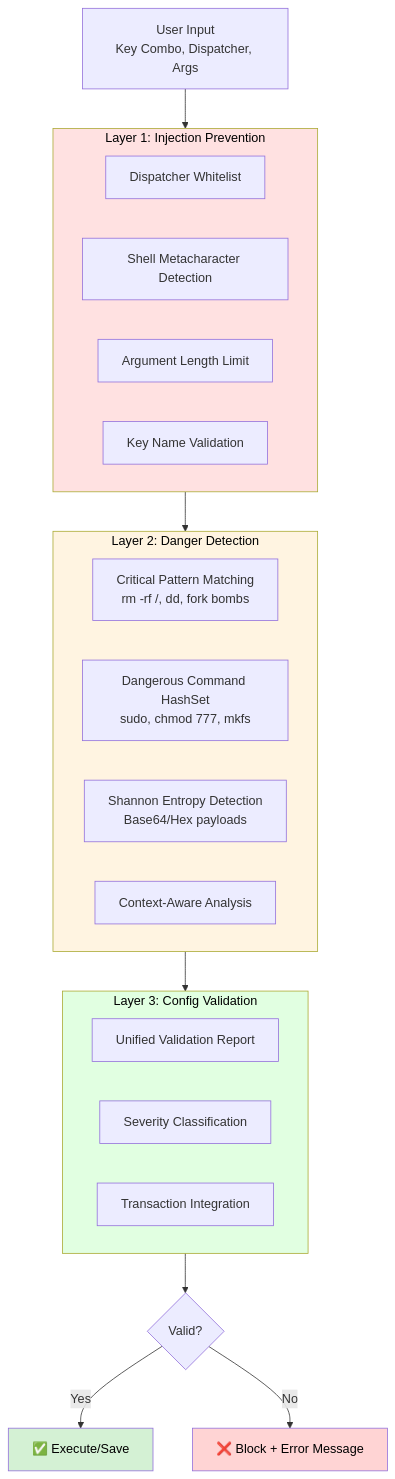
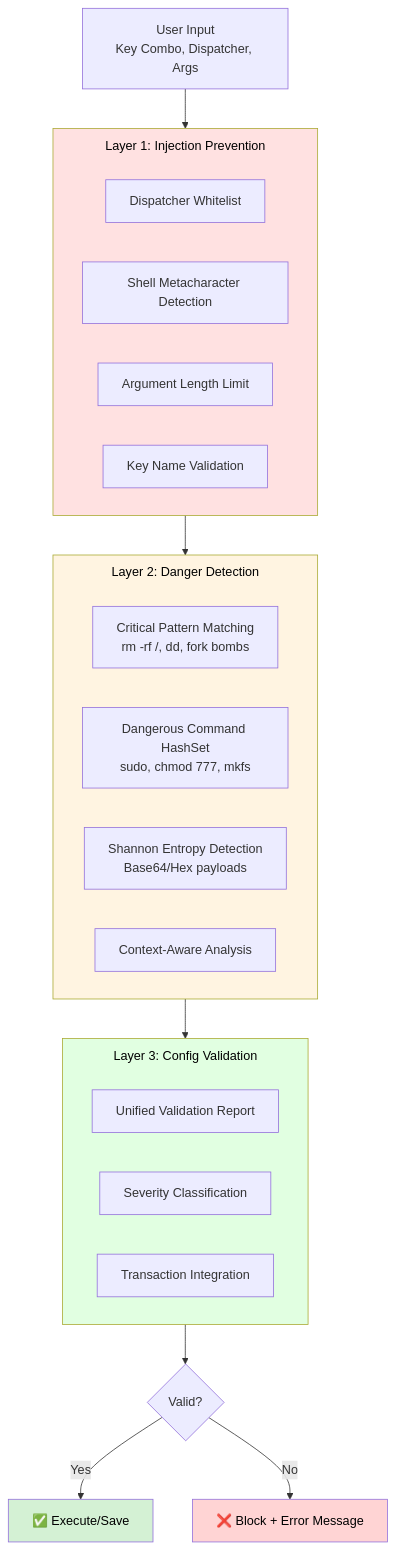
One commit to tidynest/hypr-keybind-manager changed the diagram in SECURITY.md. Above: the diagram before and after it, drawn with Mermaid.

Commit message:
Fix mermaid syntax in SECURITY.md

````diff
--- a/SECURITY.md
+++ b/SECURITY.md
@@ -54,37 +54,38 @@
 ```mermaid
+%%{init: {'flowchart': {'subGraphTitleMargin': {'top': 10, 'bottom': 20}}}}%%
 graph TB
     Input[User Input<br/>Key Combo, Dispatcher, Args]
 
-    subgraph Layer1 [Layer 1: Injection Prevention<br/><br/>]
+    subgraph Layer1 [Layer 1: Injection Prevention]
         WhitelistCheck[Dispatcher Whitelist]
         MetacharCheck[Shell Metacharacter Detection]
         LengthCheck[Argument Length Limit]
         KeyValidation[Key Name Validation]
     end
 
-    subgraph Layer2 [Layer 2: Danger Detection<br/><br/>]
+    subgraph Layer2 [Layer 2: Danger Detection]
         PatternMatch[Critical Pattern Matching<br/>rm -rf /, dd, fork bombs]
         DangerHash[Dangerous Command HashSet<br/>sudo, chmod 777, mkfs]
         EntropyDetect[Shannon Entropy Detection<br/>Base64/Hex payloads]
         ContextAnalysis[Context-Aware Analysis]
     end
 
-    subgraph Layer3 [Layer 3: Config Validation<br/><br/>]
+    subgraph Layer3 [Layer 3: Config Validation]
         UnifiedReport[Unified Validation Report]
         SeverityCheck[Severity Classification]
         TransactionGuard[Transaction Integration]
     end
 
     Input --> Layer1
     Layer1 --> Layer2
     Layer2 --> Layer3
     Layer3 --> Decision{Valid?}
     Decision -->|Yes| Accept[✅ Execute/Save]
     Decision -->|No| Reject[❌ Block + Error Message]
 
     style Layer1 fill:#ffe1e1,color:#000
     style Layer2 fill:#fff4e1,color:#000
     style Layer3 fill:#e1ffe1,color:#000
     style Accept fill:#d4f1d4,color:#000
     style Reject fill:#ffd4d4,color:#000
 ```
````
